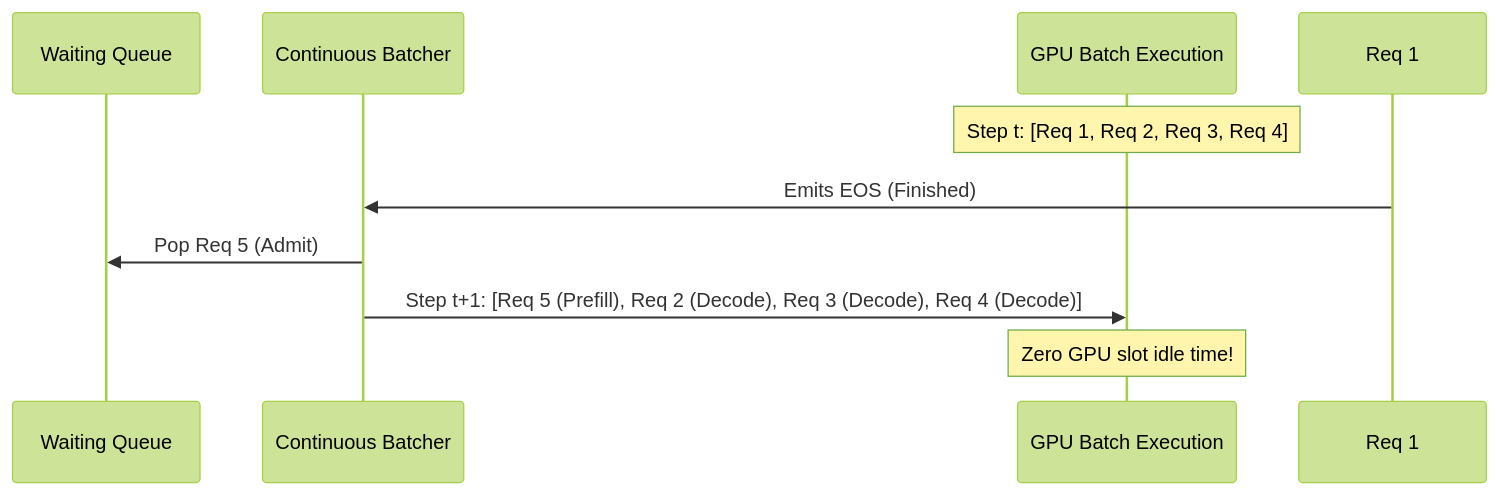
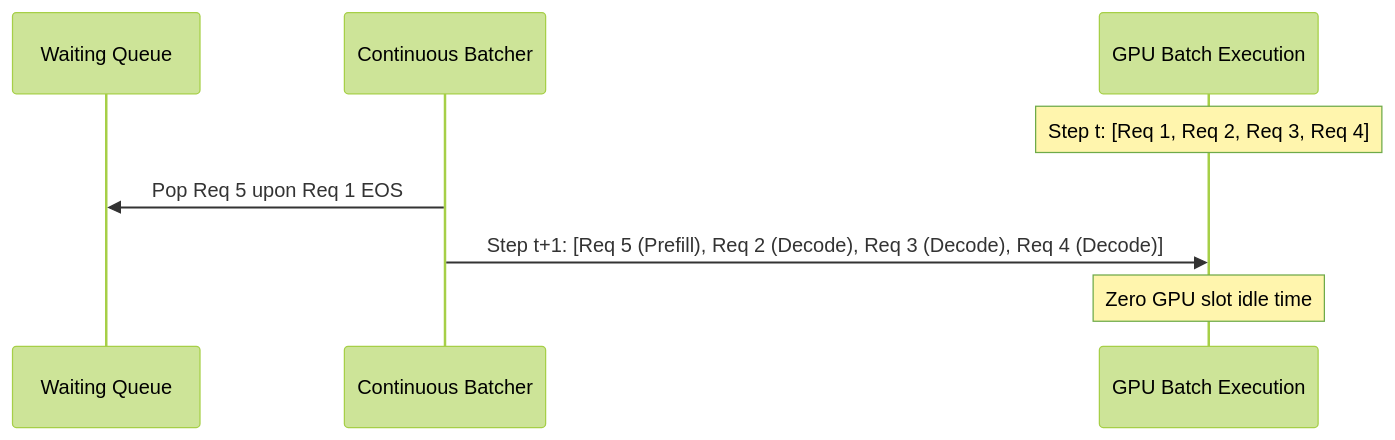
One commit to Sandeep-kumar-IITR/LLM-Inference changed the diagram in docs/scheduling.md. Above: the diagram before and after it, drawn with Mermaid (forest theme). The commit also changed 4 other files, not shown here.

````diff
--- a/docs/scheduling.md
+++ b/docs/scheduling.md
@@ -27,12 +27,11 @@
 ```mermaid
 sequenceDiagram
     participant Queue as Waiting Queue
     participant Scheduler as Continuous Batcher
     participant GPU as GPU Batch Execution
 
     Note over GPU: Step t: [Req 1, Req 2, Req 3, Req 4]
-    Req 1->>Scheduler: Emits EOS (Finished)
-    Scheduler->>Queue: Pop Req 5 (Admit)
+    Scheduler->>Queue: Pop Req 5 upon Req 1 EOS
     Scheduler->>GPU: Step t+1: [Req 5 (Prefill), Req 2 (Decode), Req 3 (Decode), Req 4 (Decode)]
-    Note over GPU: Zero GPU slot idle time!
+    Note over GPU: Zero GPU slot idle time
 ```
````
